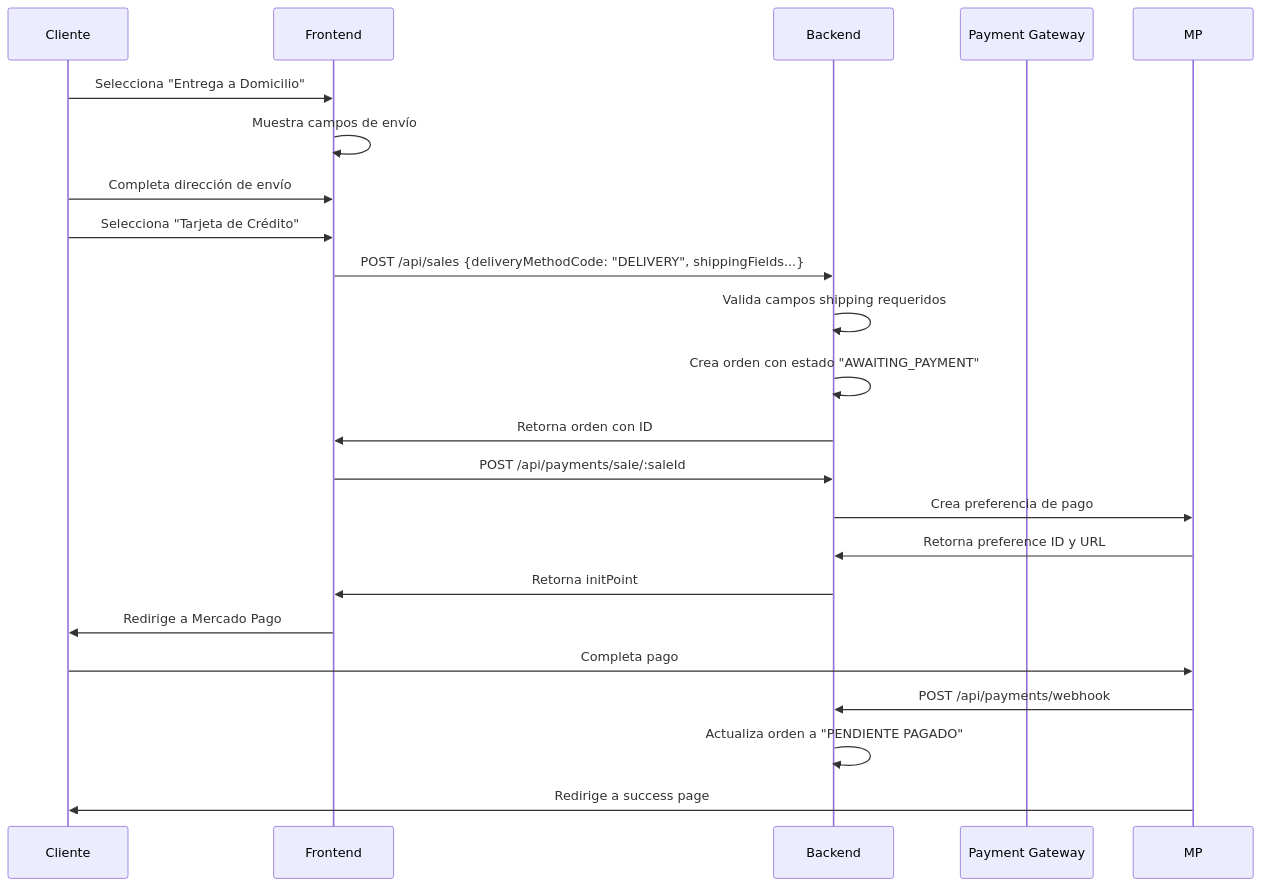
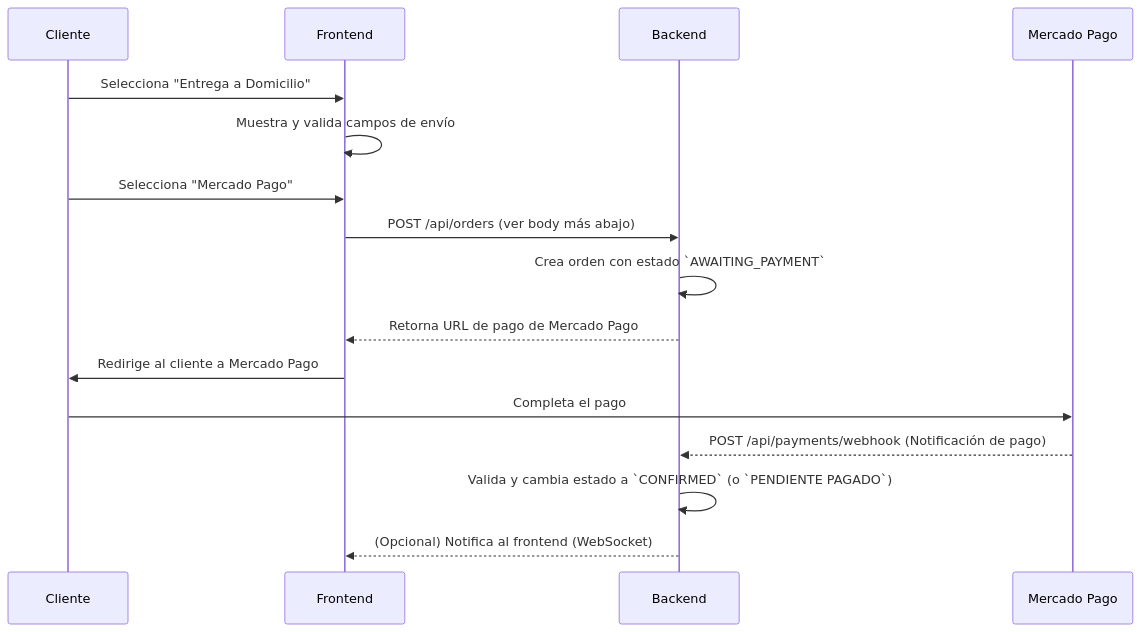
One commit to Ivetta-Luis-Alberto-114588/front-startup changed the first of 3 diagrams in docs_backend/payment-methods-manual.md. Above: the diagram before and after it, drawn with Mermaid. The commit also changed other lines of this file and 24 other files, not shown here.

````diff
--- a/docs_backend/payment-methods-manual.md
+++ b/docs_backend/payment-methods-manual.md
@@ -330,27 +65,18 @@
 ```mermaid
 sequenceDiagram
     participant C as Cliente
     participant F as Frontend
     participant B as Backend
-    participant PG as Payment Gateway
-    
+    participant MP as Mercado Pago
     C->>F: Selecciona "Entrega a Domicilio"
-    F->>F: Muestra campos de envío
-    C->>F: Completa dirección de envío
-    C->>F: Selecciona "Tarjeta de Crédito"
-    F->>B: POST /api/sales {deliveryMethodCode: "DELIVERY", shippingFields...}
-    B->>B: Valida campos shipping requeridos
-    B->>B: Crea orden con estado "AWAITING_PAYMENT"
-    B->>F: Retorna orden con ID
-    
-    F->>B: POST /api/payments/sale/:saleId
-    B->>MP: Crea preferencia de pago
-    MP->>B: Retorna preference ID y URL
-    B->>F: Retorna initPoint
-    F->>C: Redirige a Mercado Pago
-    
-    C->>MP: Completa pago
-    MP->>B: POST /api/payments/webhook
-    B->>B: Actualiza orden a "PENDIENTE PAGADO"
-    MP->>C: Redirige a success page
+    F->>F: Muestra y valida campos de envío
+    C->>F: Selecciona "Mercado Pago"
+    F->>B: POST /api/orders (ver body más abajo)
+    B->>B: Crea orden con estado `AWAITING_PAYMENT`
+    B-->>F: Retorna URL de pago de Mercado Pago
+    F->>C: Redirige al cliente a Mercado Pago
+    C->>MP: Completa el pago
+    MP-->>B: POST /api/payments/webhook (Notificación de pago)
+    B->>B: Valida y cambia estado a `CONFIRMED` (o `PENDIENTE PAGADO`)
+    B-->>F: (Opcional) Notifica al frontend (WebSocket)
 ```
````
